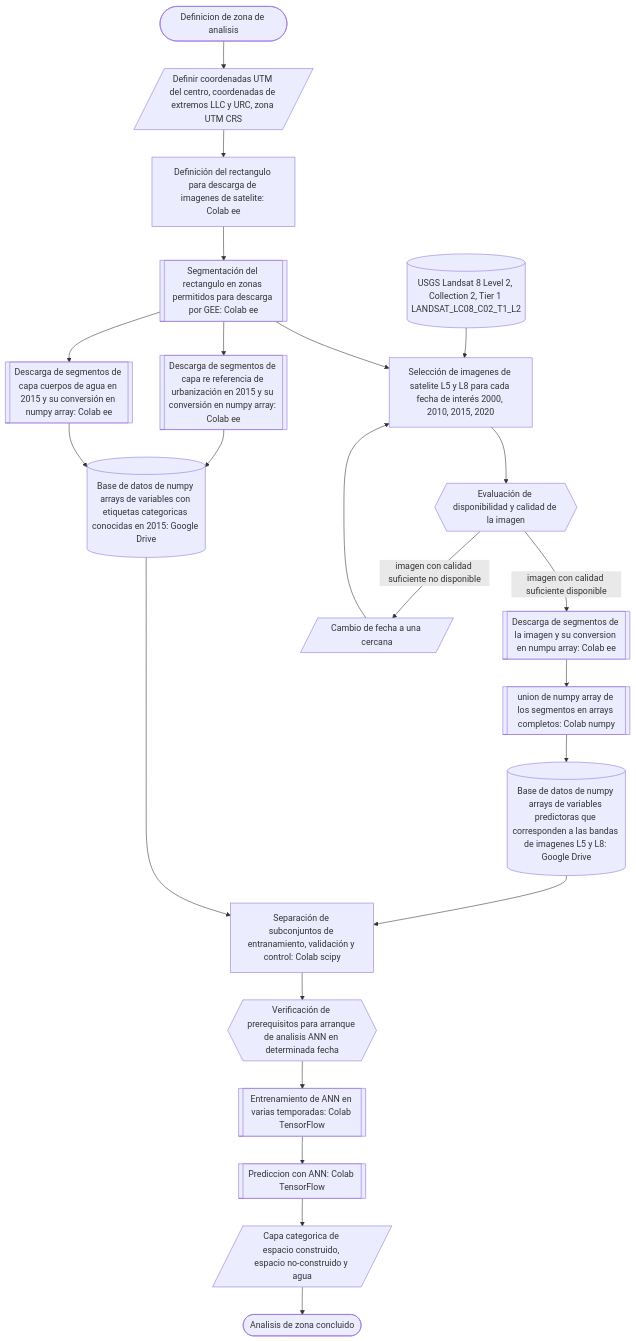
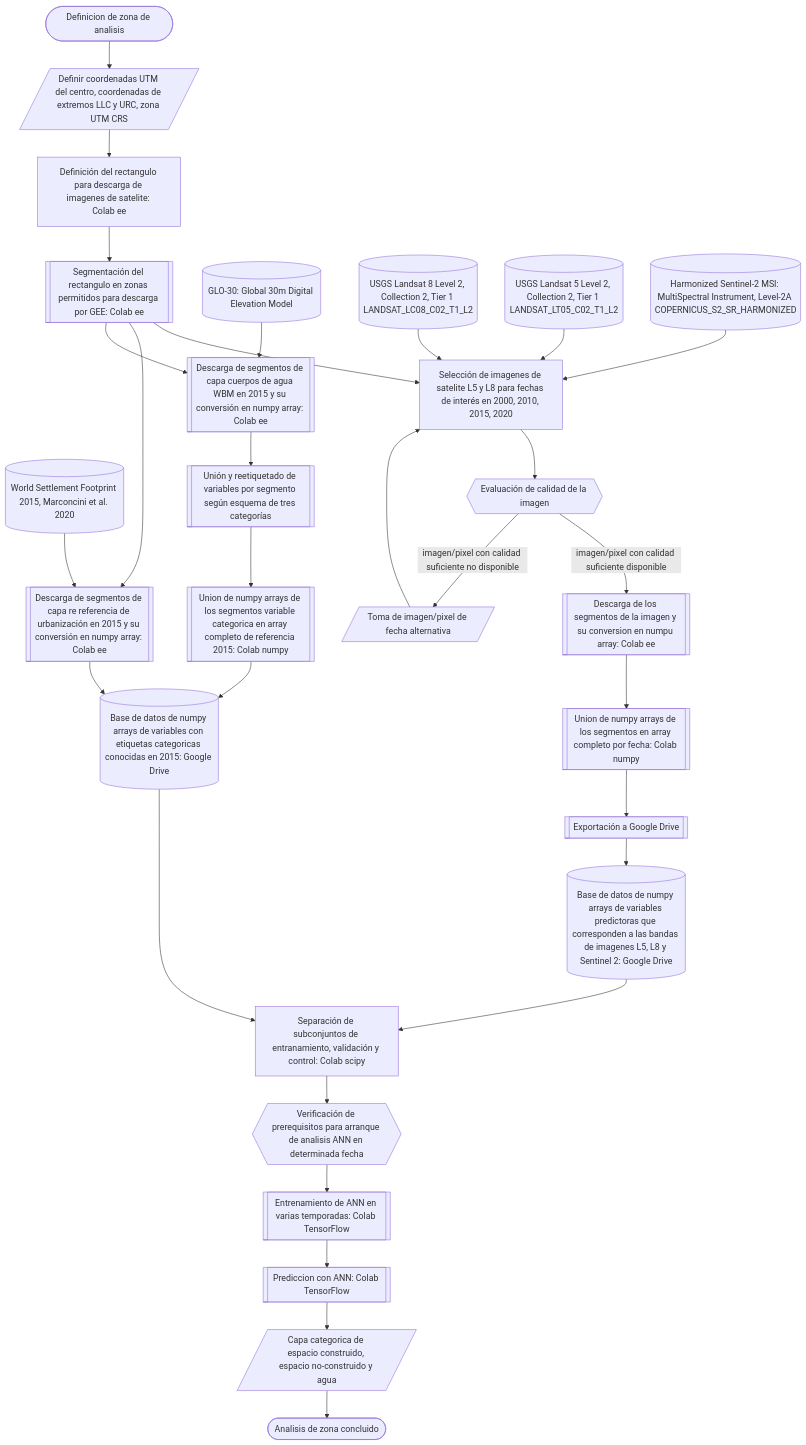
The diagram in AUEM/Esquemas/Esquema_de_procesos.mermaid (vshalisko/GEE), drawn with Mermaid before and after one commit.

```diff
--- a/AUEM/Esquemas/Esquema_de_procesos.mermaid
+++ b/AUEM/Esquemas/Esquema_de_procesos.mermaid
@@ -1,25 +1,32 @@
 flowchart TD
   A1([Definicion de zona de analisis])-->B1
   B1[/Definir coordenadas UTM del centro, coordenadas de extremos LLC y URC, zona UTM CRS/]-->C1
   C1[Definición del rectangulo para descarga de imagenes de satelite: Colab ee]-->C2
   C2[[Segmentación del rectangulo en zonas permitidos para descarga por GEE: Colab ee]]-->D1
   C2-->C3
   C2-->C4
+  D04[(World Settlement Footprint 2015, Marconcini et al. 2020)]-->C3
   C3[[Descarga de segmentos de capa re referencia de urbanización en 2015 y su conversión en numpy array: Colab ee]]-->E4
-  C4[[Descarga de segmentos de capa cuerpos de agua en 2015 y su conversión en numpy array: Colab ee]]-->E4
+  D05[(GLO-30: Global 30m Digital Elevation Model)]-->C4
+  C4[[Descarga de segmentos de capa cuerpos de agua WBM en 2015 y su conversión en numpy array: Colab ee]]-->C5
+  C5[[Unión y reetiquetado de variables por segmento según esquema de tres categorías]]-->C6
+  C6[[Union de numpy arrays de los segmentos variable categorica en array completo de referencia 2015: Colab numpy]]-->E4
   D01[(USGS Landsat 8 Level 2, Collection 2, Tier 1 LANDSAT_LC08_C02_T1_L2)]-->D1
-  D1[Selección de imagenes de satelite L5 y L8 para cada fecha de interés 2000, 2010, 2015, 2020]-->D2
-  D2{{Evaluación de disponibilidad y calidad de la imagen}}
-  D2--imagen con calidad suficiente disponible-->E1
-  D2--imagen con calidad suficiente no disponible-->D3
-  D3[/Cambio de fecha a una cercana/]-->D1
-  E1[[Descarga de segmentos de la imagen y su conversion en numpu array: Colab ee]]-->E2
-  E2[[union de numpy array de los segmentos en arrays completos: Colab numpy]]-->E3
-  E3[(Base de datos de numpy arrays de variables predictoras que corresponden a las bandas de imagenes L5 y L8: Google Drive)]-->F1
+  D02[(USGS Landsat 5 Level 2, Collection 2, Tier 1 LANDSAT_LT05_C02_T1_L2)]-->D1
+  D03[(Harmonized Sentinel-2 MSI: MultiSpectral Instrument, Level-2A COPERNICUS_S2_SR_HARMONIZED)]-->D1
+  D1[Selección de imagenes de satelite L5 y L8 para fechas de interés en 2000, 2010, 2015, 2020]-->D2
+  D2{{Evaluación de calidad de la imagen}}
+  D2--imagen/pixel con calidad suficiente disponible-->E1
+  D2--imagen/pixel con calidad suficiente no disponible-->D3
+  D3[/Toma de imagen/pixel de fecha alternativa/]-->D1
+  E1[[Descarga de los segmentos de la imagen y su conversion en numpu array: Colab ee]]-->E2
+  E2[[Union de numpy arrays de los segmentos en array completo por fecha: Colab numpy]]-->E3
+  E3[[Exportación a Google Drive]]-->E3A
+  E3A[(Base de datos de numpy arrays de variables predictoras que corresponden a las bandas de imagenes L5, L8 y Sentinel 2: Google Drive)]-->F1
   E4[(Base de datos de numpy arrays de variables con etiquetas categoricas conocidas en 2015: Google Drive)]-->F1
   F1[Separación de subconjuntos de entranamiento, validación y control: Colab scipy]-->J1
   J1{{Verificación de prerequisitos para arranque de analisis ANN en determinada fecha}}-->K1
   K1[[Entrenamiento de ANN en varias temporadas: Colab TensorFlow]]-->K2
   K2[[Prediccion con ANN: Colab TensorFlow]]-->M1
   M1[/Capa categorica de espacio construido, espacio no-construido y agua/]-->Z1
   Z1([Analisis de zona concluido])
```
